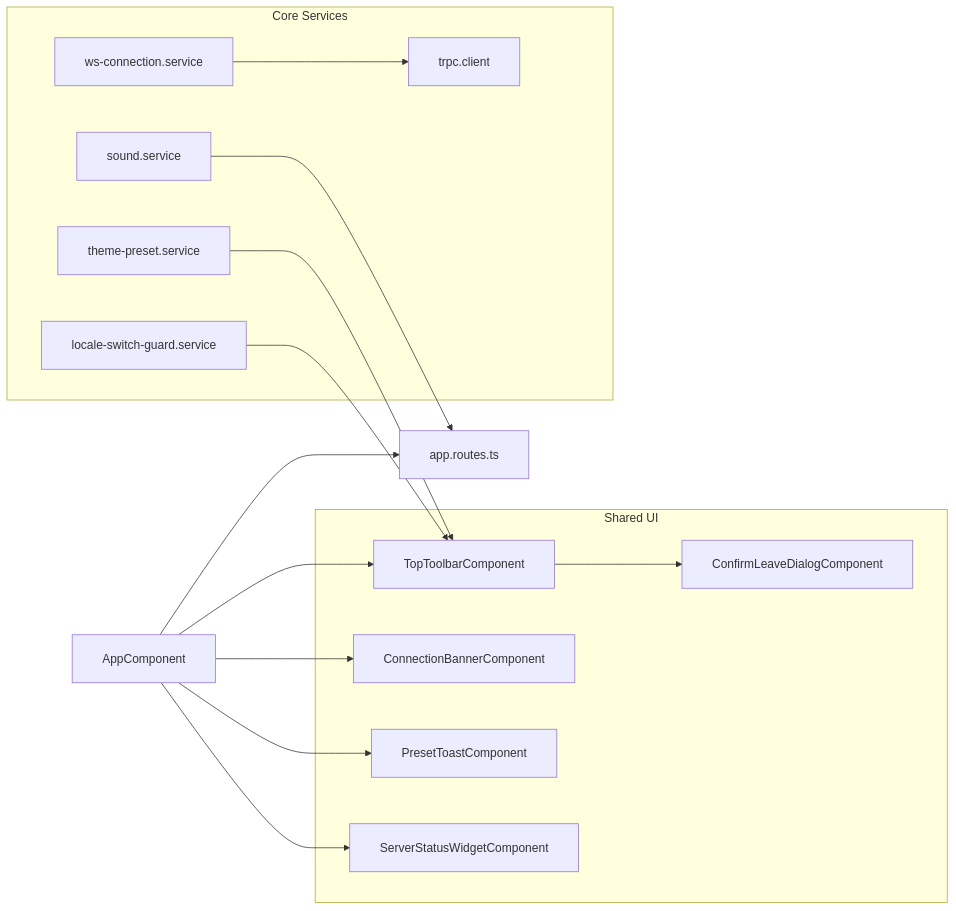
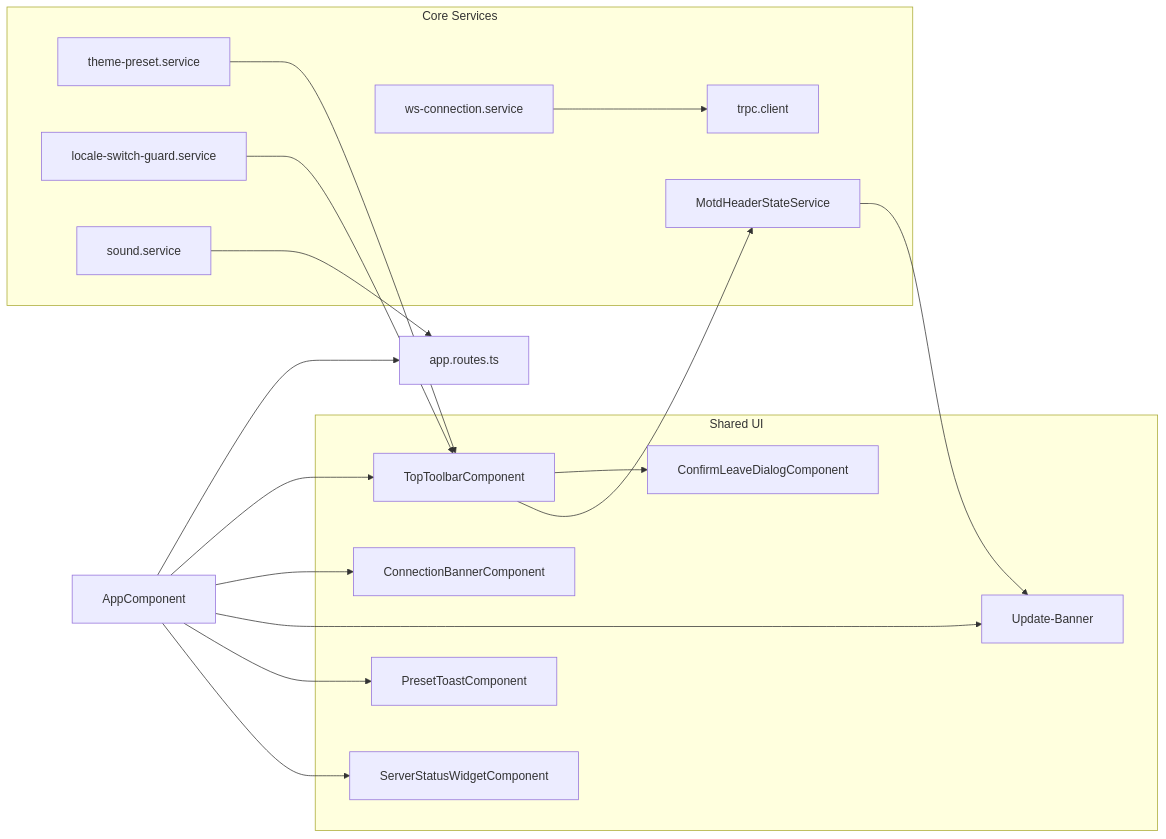
Before and after one commit to kqc-real/arsnova.eu: the fifth of 15 diagrams in docs/diagrams/architecture-overview.md, drawn with Mermaid. The commit also changed other lines of this file and 31 other files, not shown here.

````diff
--- a/docs/diagrams/architecture-overview.md
+++ b/docs/diagrams/architecture-overview.md
@@ -261,34 +261,39 @@
 ```mermaid
 %%{init: {'flowchart': {'curve': 'basis', 'nodeSpacing': 62, 'rankSpacing': 92, 'padding': 20}}}%%
 graph LR
     APP[AppComponent]
     ROUTES[app.routes.ts]
 
     subgraph "Shared UI"
         TOOLBAR[TopToolbarComponent]
         BANNER[ConnectionBannerComponent]
+        UPDATE[Update-Banner]
         PRESET[PresetToastComponent]
         STATUS[ServerStatusWidgetComponent]
         CONFIRM[ConfirmLeaveDialogComponent]
     end
 
     subgraph "Core Services"
         TRPC[trpc.client]
         WSCONN[ws-connection.service]
         THEME[theme-preset.service]
         LOCALE[locale-switch-guard.service]
         SOUND[sound.service]
+        MOTDSTATE[MotdHeaderStateService]
     end
 
     APP --> ROUTES
     APP --> TOOLBAR
     APP --> BANNER
+    APP --> UPDATE
     APP --> PRESET
     APP --> STATUS
 
     TOOLBAR --> CONFIRM
+    MOTDSTATE --> UPDATE
+    TOOLBAR --> MOTDSTATE
     THEME --> TOOLBAR
     LOCALE --> TOOLBAR
     WSCONN --> TRPC
     SOUND --> ROUTES
 ```
````
